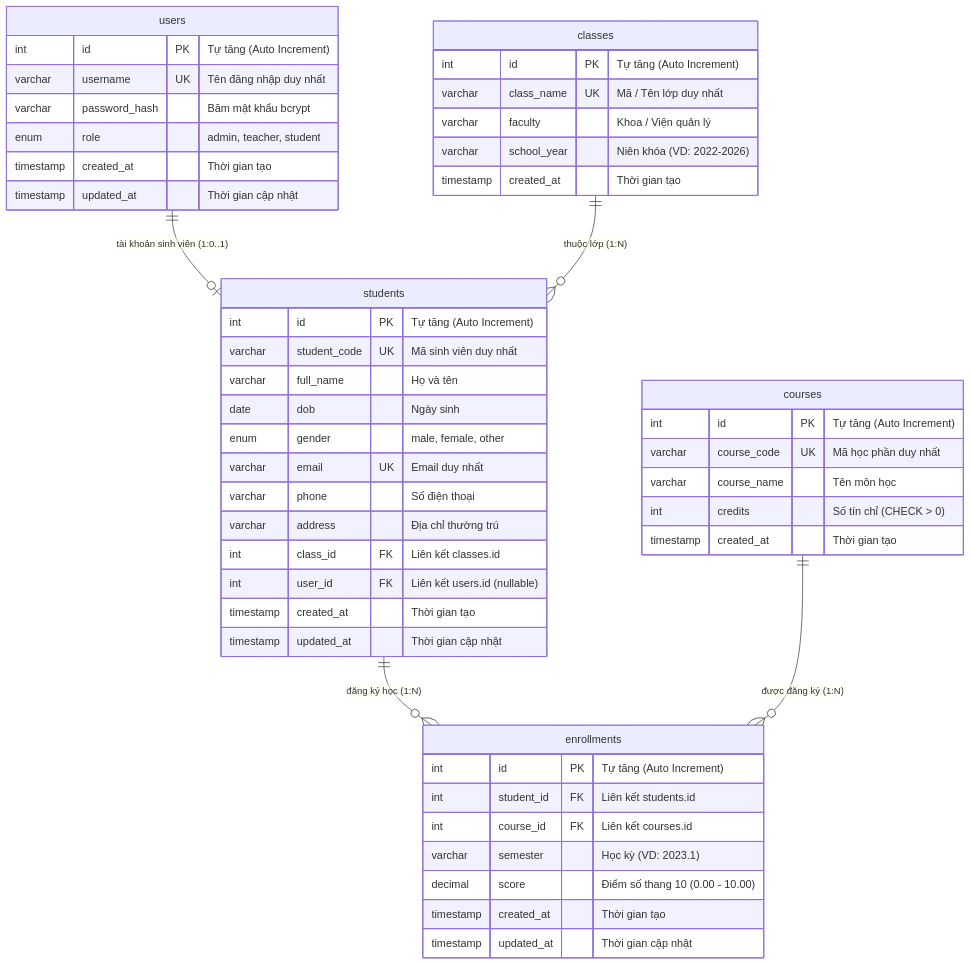
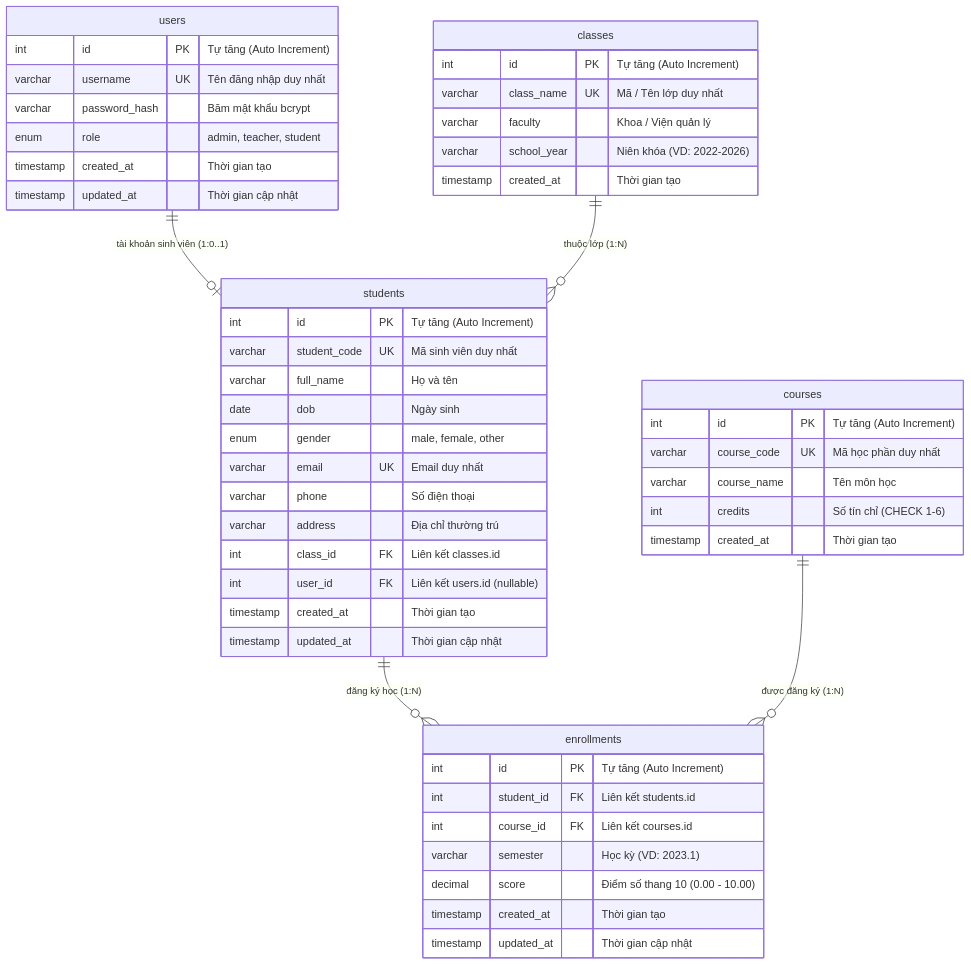
The diagram in README.md (Gnut0705/quan-ly-sinh-vien), drawn with Mermaid before and after one commit. The commit also changed other lines of this file, not shown here.

````diff
--- a/README.md
+++ b/README.md
@@ -10,57 +45,57 @@
 ```mermaid
 erDiagram
     users ||--o| students : "tài khoản sinh viên (1:0..1)"
     classes ||--o{ students : "thuộc lớp (1:N)"
     students ||--o{ enrollments : "đăng ký học (1:N)"
     courses ||--o{ enrollments : "được đăng ký (1:N)"
 
     users {
         int id PK "Tự tăng (Auto Increment)"
         varchar username UK "Tên đăng nhập duy nhất"
         varchar password_hash "Băm mật khẩu bcrypt"
         enum role "admin, teacher, student"
         timestamp created_at "Thời gian tạo"
         timestamp updated_at "Thời gian cập nhật"
     }
 
     classes {
         int id PK "Tự tăng (Auto Increment)"
         varchar class_name UK "Mã / Tên lớp duy nhất"
         varchar faculty "Khoa / Viện quản lý"
         varchar school_year "Niên khóa (VD: 2022-2026)"
         timestamp created_at "Thời gian tạo"
     }
 
     students {
         int id PK "Tự tăng (Auto Increment)"
         varchar student_code UK "Mã sinh viên duy nhất"
         varchar full_name "Họ và tên"
         date dob "Ngày sinh"
         enum gender "male, female, other"
         varchar email UK "Email duy nhất"
         varchar phone "Số điện thoại"
         varchar address "Địa chỉ thường trú"
         int class_id FK "Liên kết classes.id"
         int user_id FK "Liên kết users.id (nullable)"
         timestamp created_at "Thời gian tạo"
         timestamp updated_at "Thời gian cập nhật"
     }
 
     courses {
         int id PK "Tự tăng (Auto Increment)"
         varchar course_code UK "Mã học phần duy nhất"
         varchar course_name "Tên môn học"
-        int credits "Số tín chỉ (CHECK > 0)"
+        int credits "Số tín chỉ (CHECK 1-6)"
         timestamp created_at "Thời gian tạo"
     }
 
     enrollments {
         int id PK "Tự tăng (Auto Increment)"
         int student_id FK "Liên kết students.id"
         int course_id FK "Liên kết courses.id"
         varchar semester "Học kỳ (VD: 2023.1)"
         decimal score "Điểm số thang 10 (0.00 - 10.00)"
         timestamp created_at "Thời gian tạo"
         timestamp updated_at "Thời gian cập nhật"
     }
 ```
````
